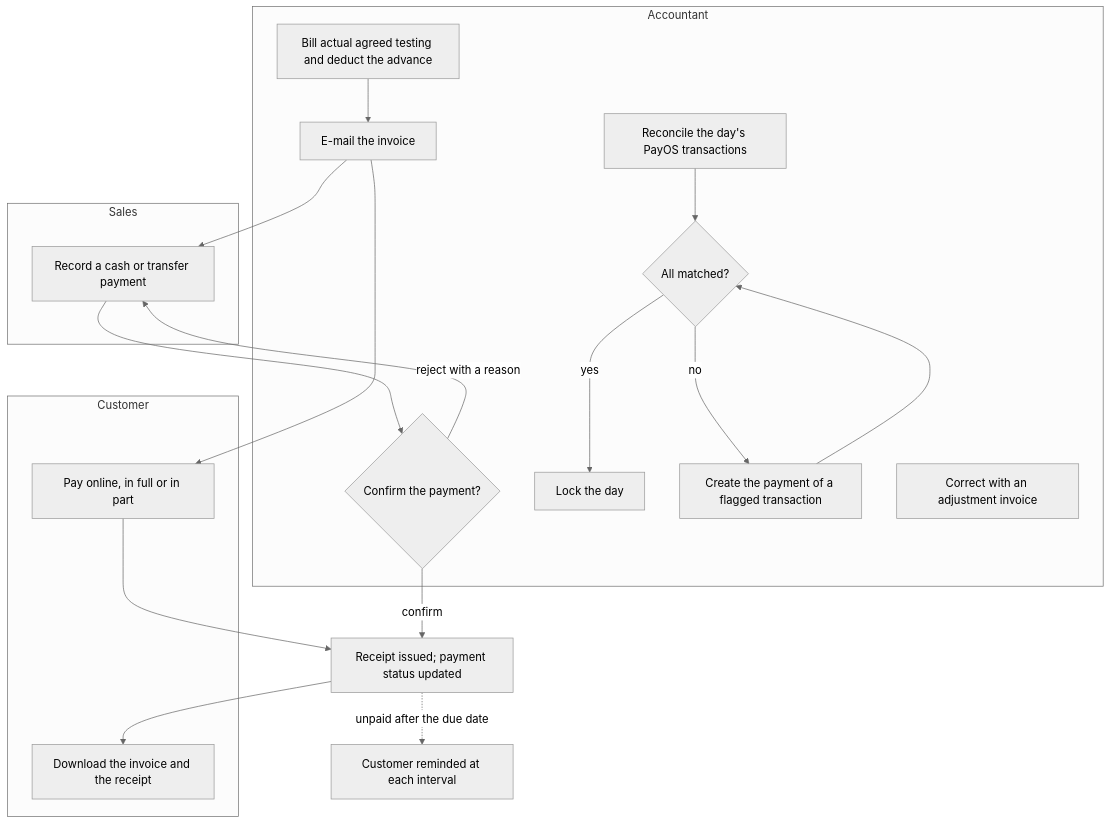
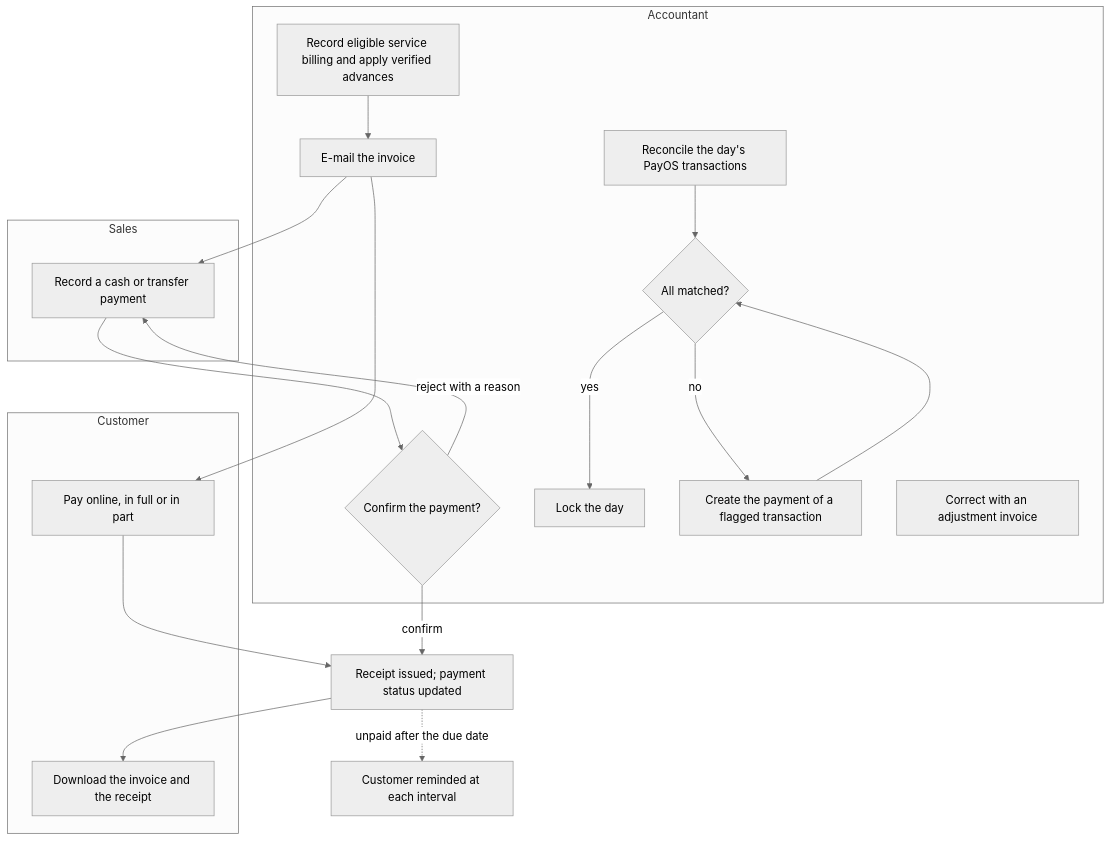
Before and after one commit to SoltuneMontepre/medilab: the eighth of 16 diagrams in docs/functional/business-flows.md, drawn with Mermaid (neutral theme). The commit also changed other lines of this file and 16 other files, not shown here.

First line of the commit message:
[docs] Record agreed advance-payment lifecycle and retain accounting questions

````diff
--- a/docs/functional/business-flows.md
+++ b/docs/functional/business-flows.md
@@ -382,25 +384,25 @@
 ```mermaid
 flowchart TD
     subgraph lane19 ["Accountant"]
-        a1["Bill actual agreed testing and deduct the advance"] --> a2[E-mail the invoice]
+        a1["Record eligible service billing and apply verified advances"] --> a2[E-mail the invoice]
         a3{Confirm the payment?}
         a4[Reconcile the day's PayOS transactions] --> a5{All matched?}
         a5 -->|yes| a6[Lock the day]
         a5 -->|no| a7[Create the payment of a flagged transaction]
         a8[Correct with an adjustment invoice]
     end
     subgraph lane20 ["Sales"]
         s1[Record a cash or transfer payment]
     end
     subgraph lane21 ["Customer"]
         c1[Pay online, in full or in part]
         c2[Download the invoice and the receipt]
     end
     a2 --> c1
     a2 --> s1 --> a3
     a3 -->|reject with a reason| s1
     a3 -->|confirm| r["Receipt issued; payment status updated"] --> c2
     c1 --> r
     a7 --> a5
     r -.->|unpaid after the due date| reminder[Customer reminded at each interval]
 ```
````
